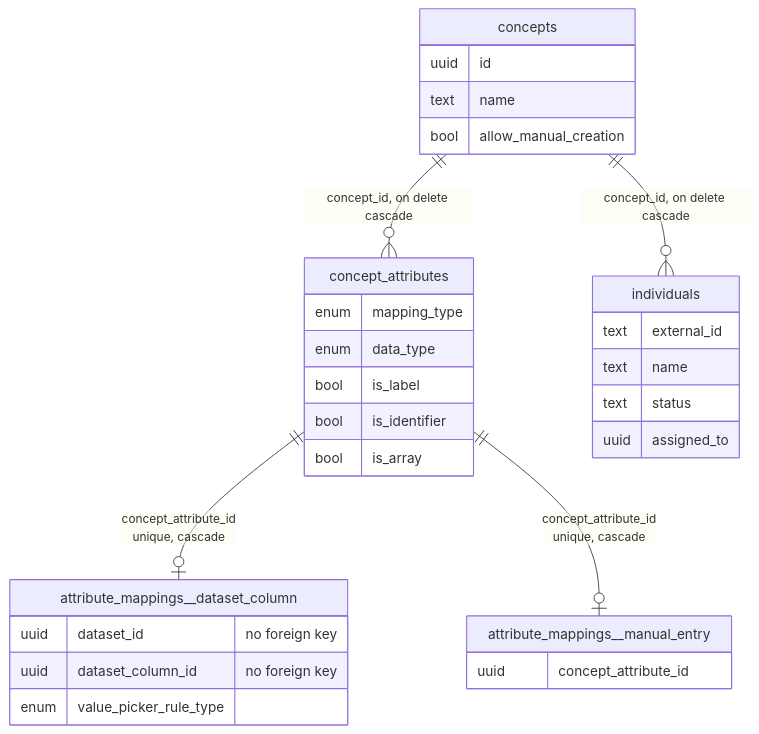
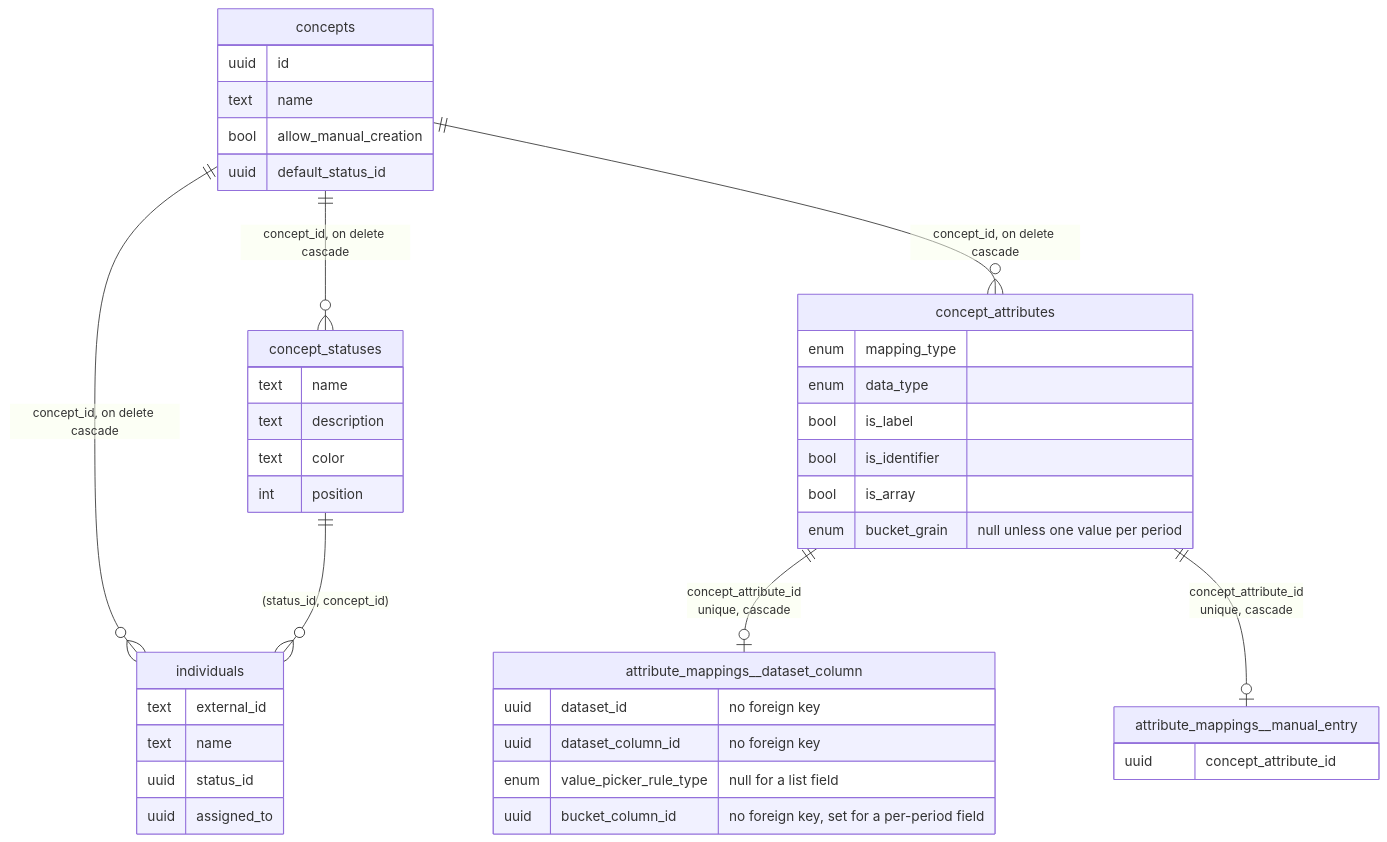
The second of 10 diagrams in docs/ontology-architecture.md (AvandarLabs/avandar), drawn with Mermaid before and after one commit. The commit also changed other lines of this file and 5031 other files, not shown here.

````diff
--- a/docs/ontology-architecture.md
+++ b/docs/ontology-architecture.md
@@ -132,33 +137,44 @@
 ```mermaid
 erDiagram
+  concepts ||--o{ concept_statuses : "concept_id, on delete cascade"
   concepts ||--o{ concept_attributes : "concept_id, on delete cascade"
   concepts ||--o{ individuals : "concept_id, on delete cascade"
+  concept_statuses ||--o{ individuals : "(status_id, concept_id)"
   concept_attributes ||--o| attribute_mappings__dataset_column : "concept_attribute_id<br/>unique, cascade"
   concept_attributes ||--o| attribute_mappings__manual_entry : "concept_attribute_id<br/>unique, cascade"
   concepts {
     uuid id
     text name
     bool allow_manual_creation
+    uuid default_status_id
+  }
+  concept_statuses {
+    text name
+    text description
+    text color
+    int position
   }
   concept_attributes {
     enum mapping_type
     enum data_type
     bool is_label
     bool is_identifier
     bool is_array
+    enum bucket_grain "null unless one value per period"
   }
   individuals {
     text external_id
     text name
-    text status
+    uuid status_id
     uuid assigned_to
   }
   attribute_mappings__dataset_column {
     uuid dataset_id "no foreign key"
     uuid dataset_column_id "no foreign key"
-    enum value_picker_rule_type
+    enum value_picker_rule_type "null for a list field"
+    uuid bucket_column_id "no foreign key, set for a per-period field"
   }
   attribute_mappings__manual_entry {
     uuid concept_attribute_id
   }
 ```
````
